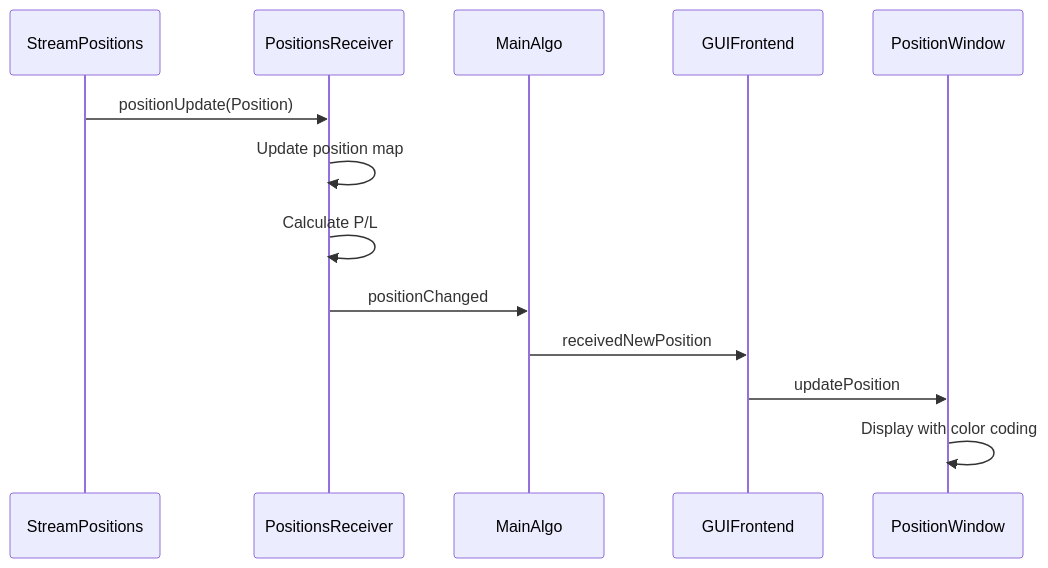
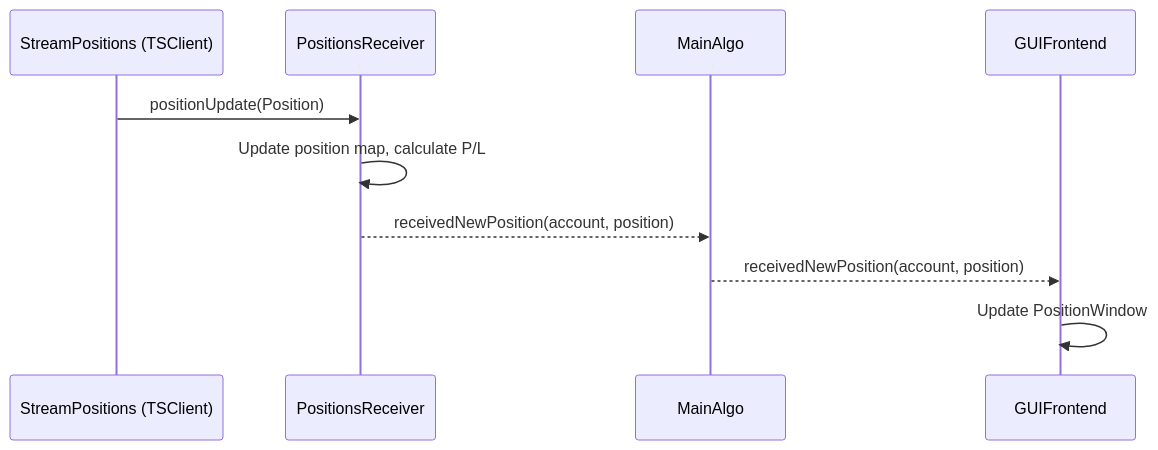
One commit to simonbeaudoin0935/OpenTraderPlatform changed the second of 3 diagrams in Src/Algo/AGENTS.md. Above: the diagram before and after it, drawn with Mermaid. The commit also changed other lines of this file and 16 other files, not shown here.

````diff
--- a/Src/Algo/AGENTS.md
+++ b/Src/Algo/AGENTS.md
@@ -360,16 +393,13 @@
 ```mermaid
 sequenceDiagram
-    participant Stream as StreamPositions
+    participant Stream as StreamPositions (TSClient)
     participant Receiver as PositionsReceiver
     participant MainAlgo
     participant Frontend as GUIFrontend
-    participant PositionWindow
 
     Stream->>Receiver: positionUpdate(Position)
-    Receiver->>Receiver: Update position map
-    Receiver->>Receiver: Calculate P/L
-    Receiver->>MainAlgo: positionChanged
-    MainAlgo->>Frontend: receivedNewPosition
-    Frontend->>PositionWindow: updatePosition
-    PositionWindow->>PositionWindow: Display with color coding
+    Receiver->>Receiver: Update position map, calculate P/L
+    Receiver-->>MainAlgo: receivedNewPosition(account, position)
+    MainAlgo-->>Frontend: receivedNewPosition(account, position)
+    Frontend->>Frontend: Update PositionWindow
 ```
````
